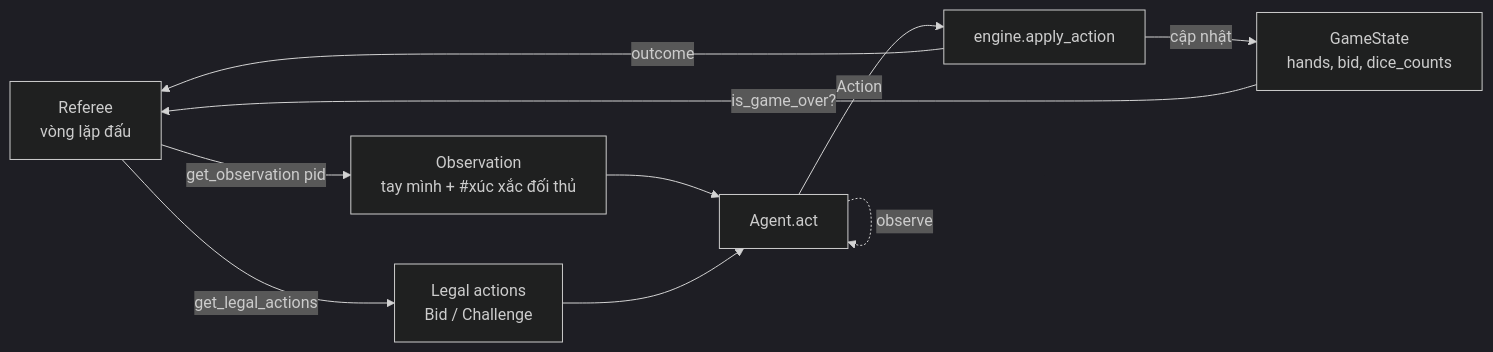
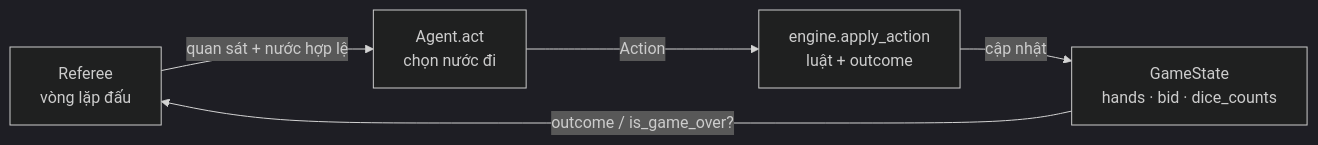
One commit to NguyenDucVuBao0611/BTL_AIT2004 changed the diagram in liars-dice-ai/docs/report.md. Above: the diagram before and after it, drawn with Mermaid (dark theme). The commit also changed other lines of this file, not shown here.

Commit message:
docs: lam gon so do mermaid (vong lap 4 hop, bo self-loop observe roi)

````diff
--- a/liars-dice-ai/docs/report.md
+++ b/liars-dice-ai/docs/report.md
@@ -60,12 +60,12 @@
 ```mermaid
 flowchart LR
-    R[Referee<br/>vòng lặp đấu] -->|get_observation pid| OBS[Observation<br/>tay mình + #xúc xắc đối thủ]
-    R -->|get_legal_actions| LA[Legal actions<br/>Bid / Challenge]
-    OBS --> AG[Agent.act]
-    LA --> AG
-    AG -->|Action| ENG[engine.apply_action]
-    ENG -->|cập nhật| GS[GameState<br/>hands, bid, dice_counts]
-    ENG -->|outcome| R
-    AG -.->|observe| AG
-    GS -->|is_game_over?| R
+    R[Referee<br/>vòng lặp đấu]
+    AG[Agent.act<br/>chọn nước đi]
+    ENG[engine.apply_action<br/>luật + outcome]
+    GS[GameState<br/>hands · bid · dice_counts]
+
+    R -->|quan sát + nước hợp lệ| AG
+    AG -->|Action| ENG
+    ENG -->|cập nhật| GS
+    GS -->|outcome / is_game_over?| R
 ```
````
